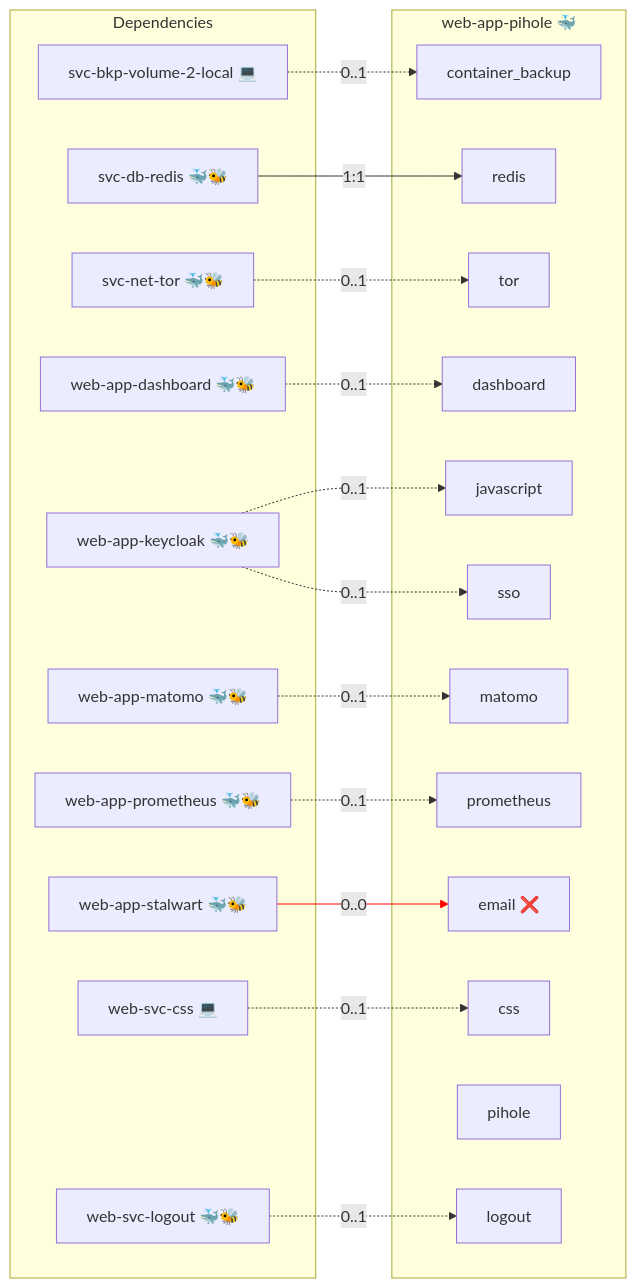
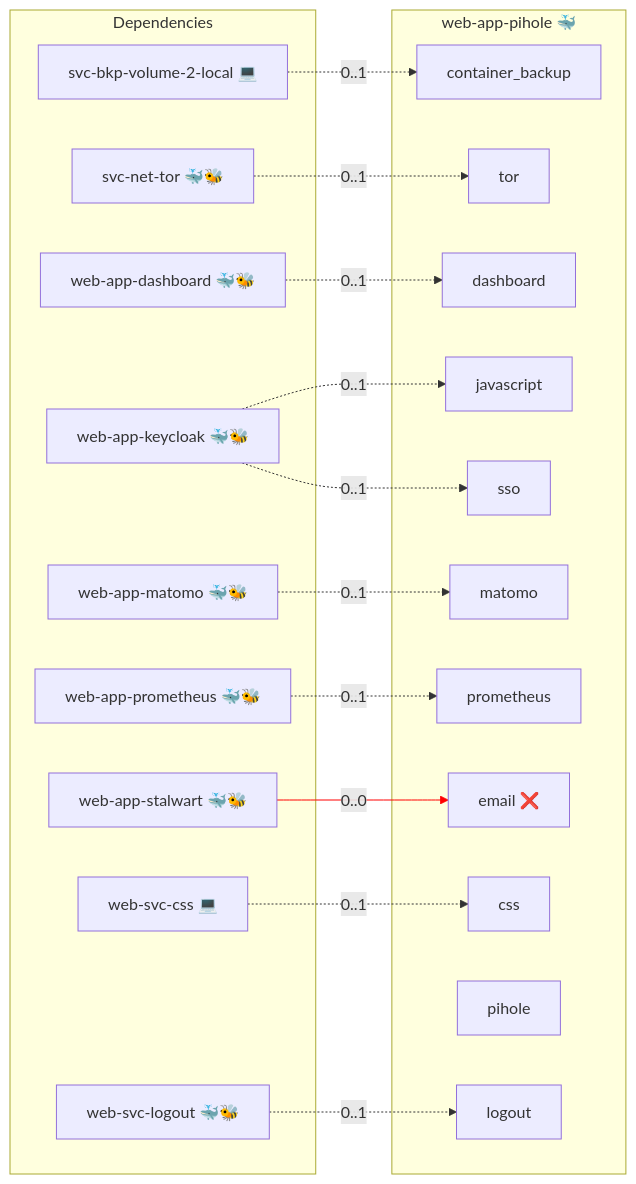
Before and after one commit to AlejandroRomanIbanez/infinito-nexus: the diagram in roles/web-app-pihole/README.md, drawn with Mermaid. The commit also changed 1 other file, not shown here.

Commit message:
docs(web-app-pihole): regenerate the READMEs without the redis dependency
1560824ed5 dropped the unused shared redis dependency of web-app-pihole without a make docs run. This is the generator output for the current tree: the pihole cosmos loses the redis node and edge, and the root role table no longer lists Redis for Pi-hole.

````diff
--- a/roles/web-app-pihole/README.md
+++ b/roles/web-app-pihole/README.md
@@ -17,41 +17,38 @@
 ```mermaid
 flowchart LR
     subgraph deps [Dependencies]
         dep_svc_bkp_volume_2_local["svc-bkp-volume-2-local 💻"]
-        dep_svc_db_redis["svc-db-redis 🐳🐝"]
         dep_svc_net_tor["svc-net-tor 🐳🐝"]
         dep_web_app_dashboard["web-app-dashboard 🐳🐝"]
         dep_web_app_keycloak["web-app-keycloak 🐳🐝"]
         dep_web_app_matomo["web-app-matomo 🐳🐝"]
         dep_web_app_prometheus["web-app-prometheus 🐳🐝"]
         dep_web_app_stalwart["web-app-stalwart 🐳🐝"]
         dep_web_svc_css["web-svc-css 💻"]
         dep_web_svc_logout["web-svc-logout 🐳🐝"]
     end
     subgraph role [web-app-pihole 🐳]
         svc_logout["logout"]
         svc_dashboard["dashboard"]
         svc_matomo["matomo"]
         svc_email["email ❌"]
-        svc_redis["redis"]
         svc_javascript["javascript"]
         svc_prometheus["prometheus"]
         svc_tor["tor"]
         svc_css["css"]
         svc_sso["sso"]
         svc_pihole["pihole"]
         svc_container_backup["container_backup"]
     end
     dep_svc_bkp_volume_2_local -. "0..1" .-> svc_container_backup
-    dep_svc_db_redis -- "1:1" --> svc_redis
     dep_svc_net_tor -. "0..1" .-> svc_tor
     dep_web_app_dashboard -. "0..1" .-> svc_dashboard
     dep_web_app_keycloak -. "0..1" .-> svc_javascript
     dep_web_app_keycloak -. "0..1" .-> svc_sso
     dep_web_app_matomo -. "0..1" .-> svc_matomo
     dep_web_app_prometheus -. "0..1" .-> svc_prometheus
     dep_web_app_stalwart -- "0..0" --> svc_email
     dep_web_svc_css -. "0..1" .-> svc_css
     dep_web_svc_logout -. "0..1" .-> svc_logout
-    linkStyle 8 stroke:red;
+    linkStyle 7 stroke:red;
 ```
````
